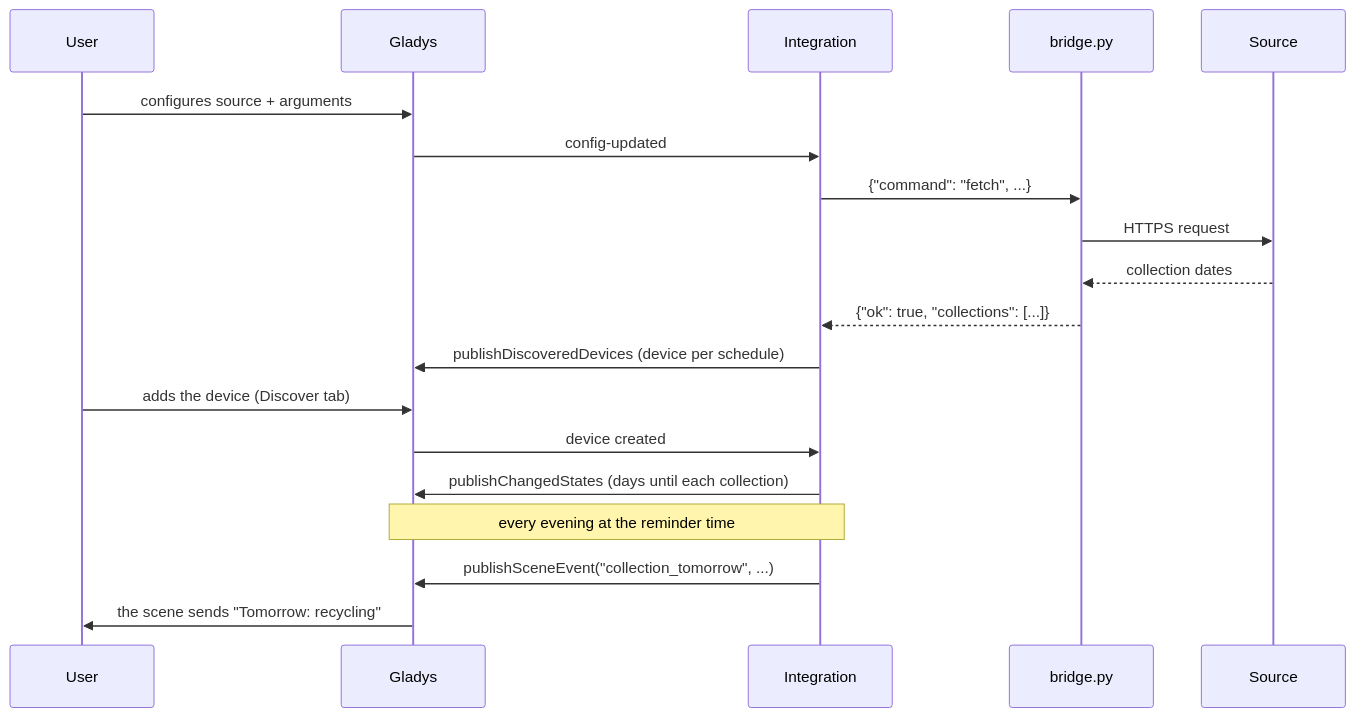
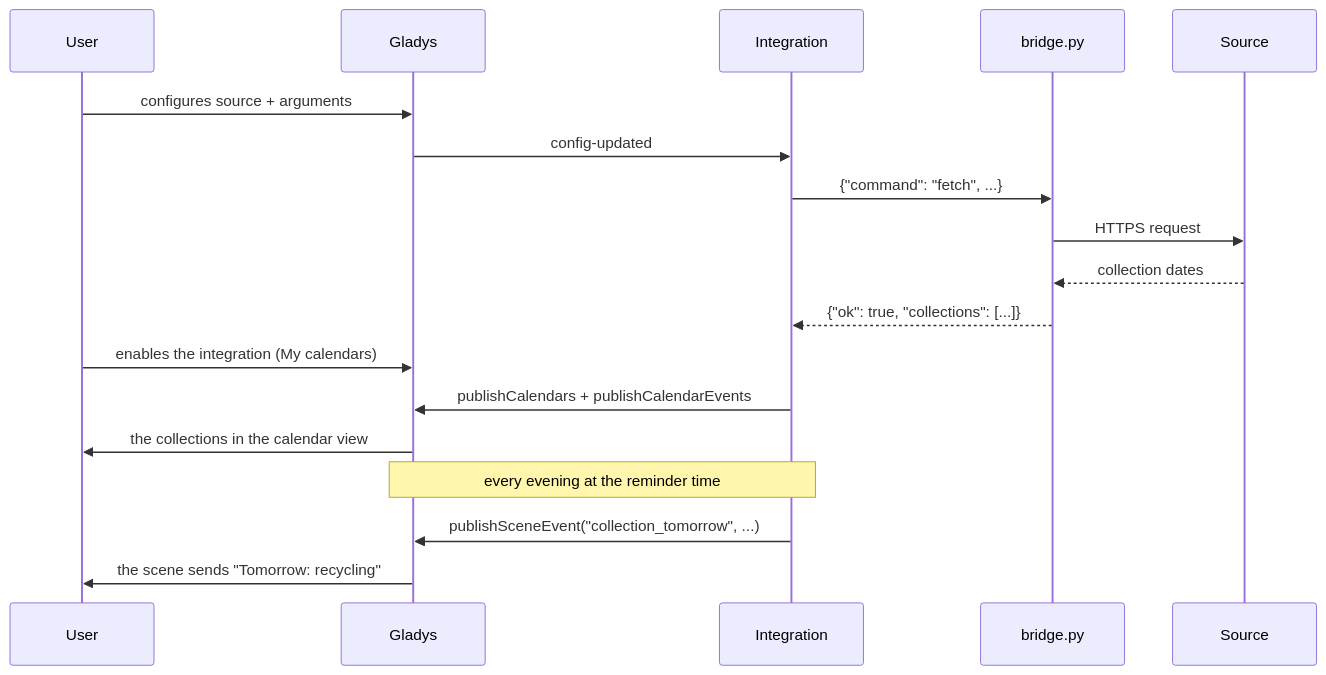
Before and after one commit to William-De71/gladys-waste-collection-schedule: the second of 3 diagrams in README.md, drawn with Mermaid. The commit also changed other lines of this file and 24 other files, not shown here.

First line of the commit message:
feat!: make the integration a calendar integration

````diff
--- a/README.md
+++ b/README.md
@@ -52,21 +50,20 @@
 ```mermaid
 sequenceDiagram
   participant U as User
   participant G as Gladys
   participant I as Integration
   participant P as bridge.py
   participant S as Source
   U->>G: configures source + arguments
   G->>I: config-updated
   I->>P: {"command": "fetch", ...}
   P->>S: HTTPS request
   S-->>P: collection dates
   P-->>I: {"ok": true, "collections": [...]}
-  I->>G: publishDiscoveredDevices (device per schedule)
-  U->>G: adds the device (Discover tab)
-  G->>I: device created
-  I->>G: publishChangedStates (days until each collection)
+  U->>G: enables the integration (My calendars)
+  I->>G: publishCalendars + publishCalendarEvents
+  G->>U: the collections in the calendar view
   Note over I,G: every evening at the reminder time
   I->>G: publishSceneEvent("collection_tomorrow", ...)
   G->>U: the scene sends "Tomorrow: recycling"
 ```
````
